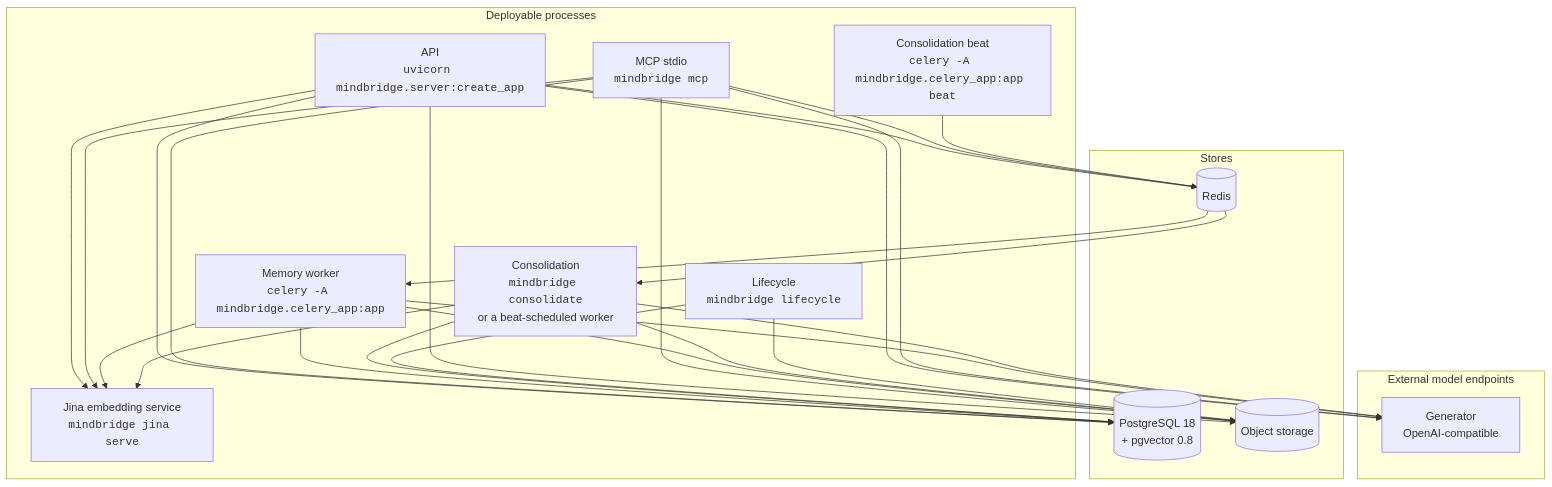
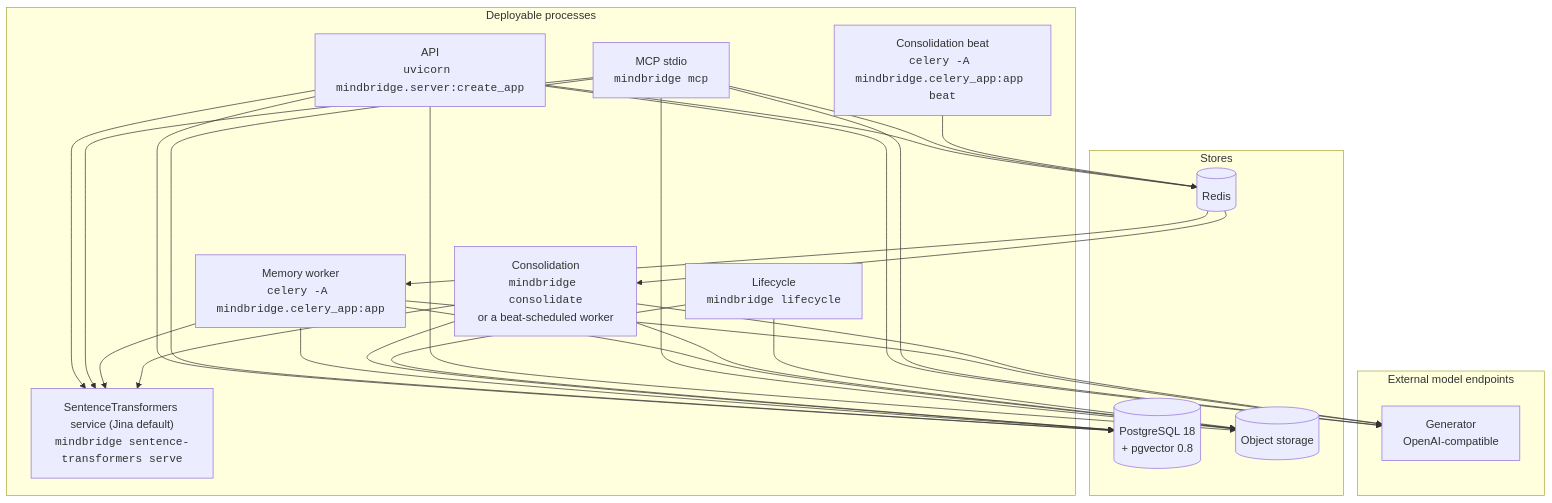
The first of 3 diagrams in docs/architecture.md (EventHorizon-Lab/MindBridge), drawn with Mermaid before and after one commit. The commit also changed 25 other files, not shown here.

Commit message:
Add Jina v5 embedding support and update model workflows

````diff
--- a/docs/architecture.md
+++ b/docs/architecture.md
@@ -39,31 +39,31 @@
 ```mermaid
 flowchart TB
   subgraph proc["Deployable processes"]
-    jina["Jina embedding service<br/><code>mindbridge jina serve</code>"]
+    jina["SentenceTransformers service (Jina default)<br/><code>mindbridge sentence-transformers serve</code>"]
     api["API<br/><code>uvicorn mindbridge.server:create_app</code>"]
     mcp["MCP stdio<br/><code>mindbridge mcp</code>"]
     worker["Memory worker<br/><code>celery -A mindbridge.celery_app:app</code>"]
     beat["Consolidation beat<br/><code>celery -A mindbridge.celery_app:app beat</code>"]
     cons["Consolidation<br/><code>mindbridge consolidate</code><br/>or a beat-scheduled worker"]
     life["Lifecycle<br/><code>mindbridge lifecycle</code>"]
   end
 
   subgraph data["Stores"]
     pg[("PostgreSQL 18<br/>+ pgvector 0.8")]
     redis[("Redis")]
     s3[("Object storage")]
   end
 
   subgraph models["External model endpoints"]
     gen["Generator<br/>OpenAI-compatible"]
   end
 
   api --> pg & redis & s3 & gen & jina
   mcp --> pg & redis & s3 & gen & jina
   redis --> worker
   beat --> redis
   redis --> cons
   worker --> pg & s3 & gen & jina
   cons --> pg & s3 & gen & jina
   life --> pg & s3
 ```
````
